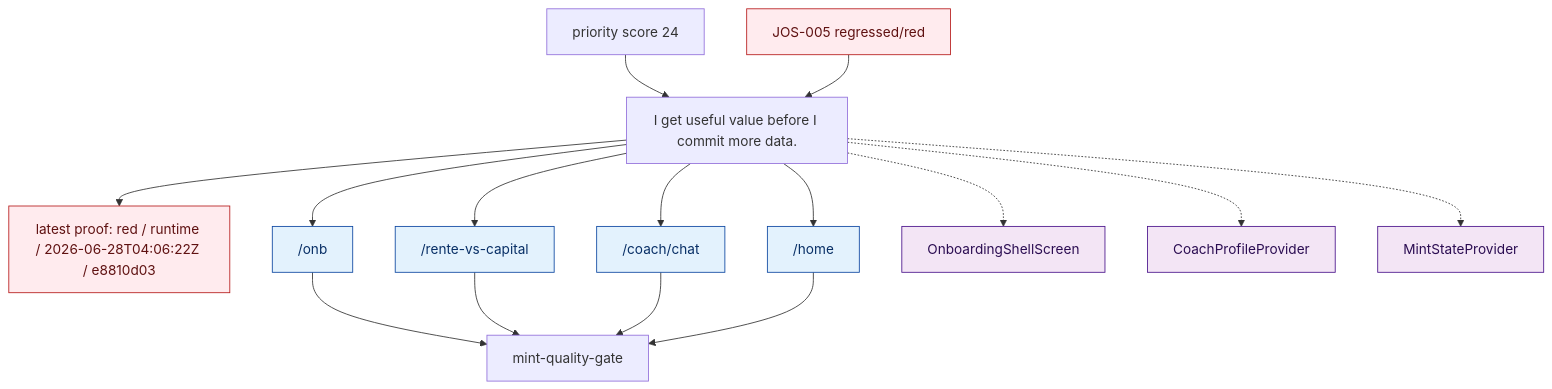
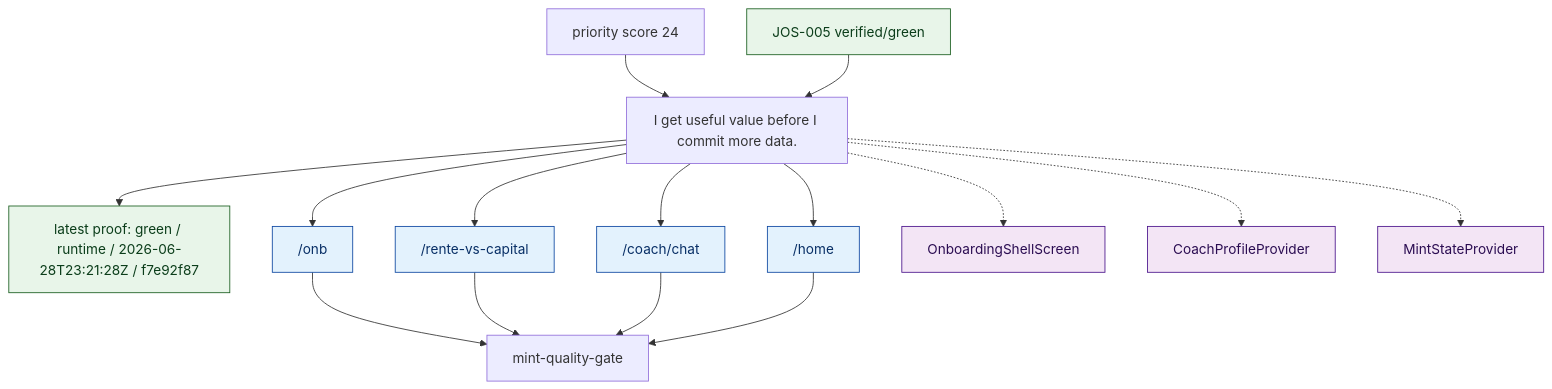
The diagram in .planning/journeys/diagrams/onboarding_first_value.mmd (MINT-IA/MINT), drawn with Mermaid before and after one commit. The commit also changed 15 other files, not shown here.

Commit message:
Record JOS005 first value runtime proof

```diff
--- a/.planning/journeys/diagrams/onboarding_first_value.mmd
+++ b/.planning/journeys/diagrams/onboarding_first_value.mmd
@@ -1,45 +1,45 @@
 %% Generated from .planning/journeys/records/onboarding_first_value.json
 flowchart TD
   promise["I get useful value before I commit more data."]
   team["mint-quality-gate"]
-  latest["latest proof: red / runtime / 2026-06-28T04:06:22Z / e8810d03"]
+  latest["latest proof: green / runtime / 2026-06-28T23:21:28Z / f7e92f87"]
   promise --> latest
   classDef green fill:#e8f5e9,stroke:#1b5e20,color:#0b3d1a;
   classDef red fill:#ffebee,stroke:#b71c1c,color:#5f1111;
   classDef amber fill:#fff8e1,stroke:#ff8f00,color:#5f3b00;
   classDef blocked fill:#eceff1,stroke:#455a64,color:#263238;
   classDef neutral fill:#f5f5f5,stroke:#616161,color:#212121;
   classDef route fill:#e3f2fd,stroke:#0d47a1,color:#082f66;
   classDef surface fill:#f3e5f5,stroke:#4a148c,color:#2b0d52;
   classDef api fill:#e0f2f1,stroke:#00695c,color:#003d35;
-  class latest red
+  class latest green
   priority["priority score 24"]
   priority --> promise
   route_onb["/onb"]
   promise --> route_onb
   route_onb --> team
   class route_onb route
   route_rente_vs_capital["/rente-vs-capital"]
   promise --> route_rente_vs_capital
   route_rente_vs_capital --> team
   class route_rente_vs_capital route
   route_coach_chat["/coach/chat"]
   promise --> route_coach_chat
   route_coach_chat --> team
   class route_coach_chat route
   route_home["/home"]
   promise --> route_home
   route_home --> team
   class route_home route
   surface_OnboardingShellScreen["OnboardingShellScreen"]
   promise -.-> surface_OnboardingShellScreen
   class surface_OnboardingShellScreen surface
   surface_CoachProfileProvider["CoachProfileProvider"]
   promise -.-> surface_CoachProfileProvider
   class surface_CoachProfileProvider surface
   surface_MintStateProvider["MintStateProvider"]
   promise -.-> surface_MintStateProvider
   class surface_MintStateProvider surface
-  issue_JOS_005["JOS-005 regressed/red"]
+  issue_JOS_005["JOS-005 verified/green"]
   issue_JOS_005 --> promise
-  class issue_JOS_005 red
+  class issue_JOS_005 green
```
